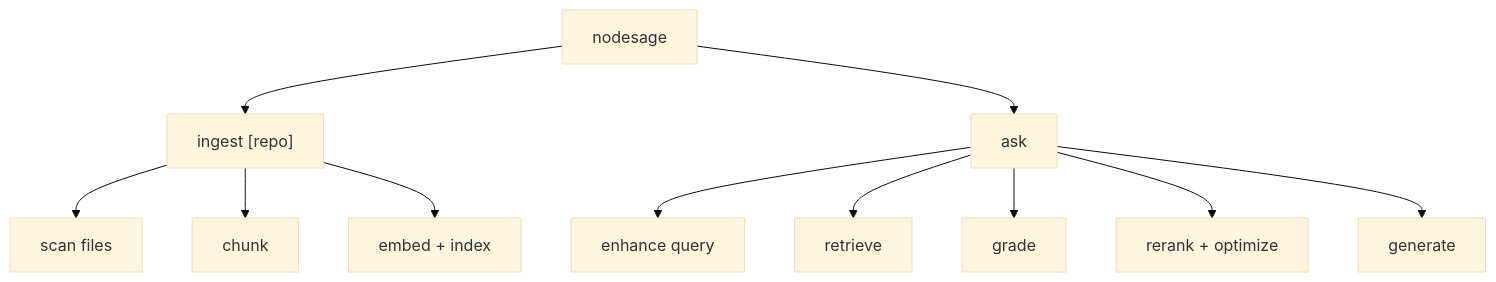
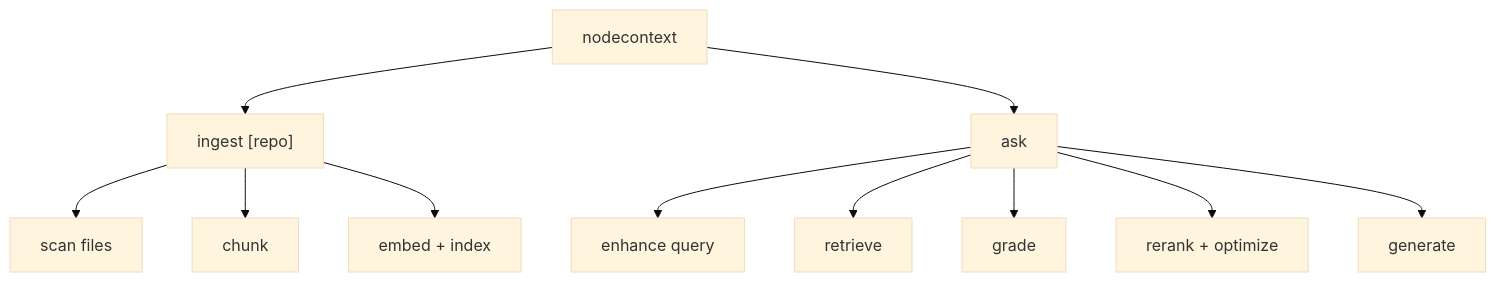
One commit to GreenHacker420/NodeContext changed the diagram in docs/cli.md. Above: the diagram before and after it, drawn with Mermaid (base theme). The commit also changed other lines of this file and 9 other files, not shown here.

````diff
--- a/docs/cli.md
+++ b/docs/cli.md
@@ -5,15 +5,15 @@
 ```mermaid
 flowchart TD
-  CLI["nodesage"] --> I["ingest [repo]"]
+  CLI["nodecontext"] --> I["ingest [repo]"]
   CLI --> A["ask <query>"]
 
   I --> I1["scan files"]
   I --> I2["chunk"]
   I --> I3["embed + index"]
 
   A --> A0["enhance query"]
   A --> A1["retrieve"]
   A --> A2["grade"]
   A --> A3["rerank + optimize"]
   A --> A4["generate"]
 ```
````
